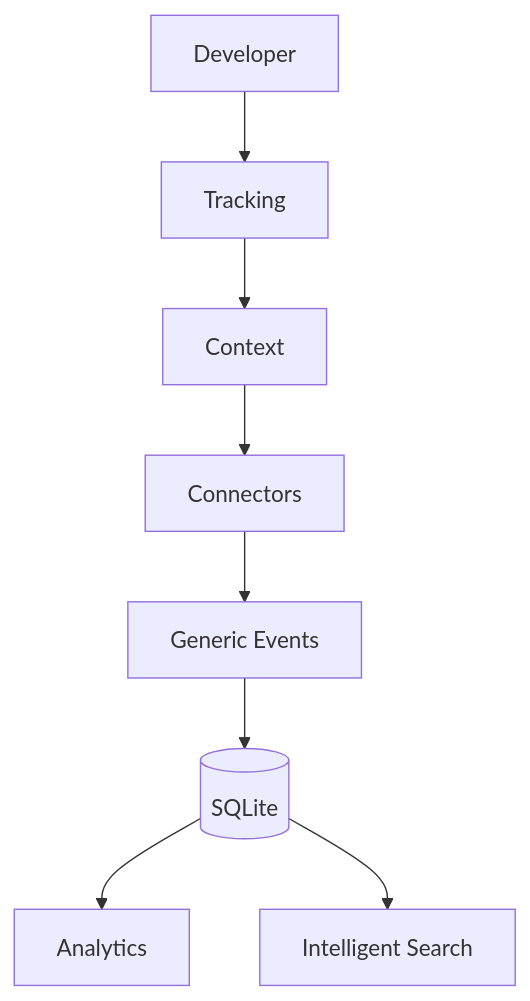
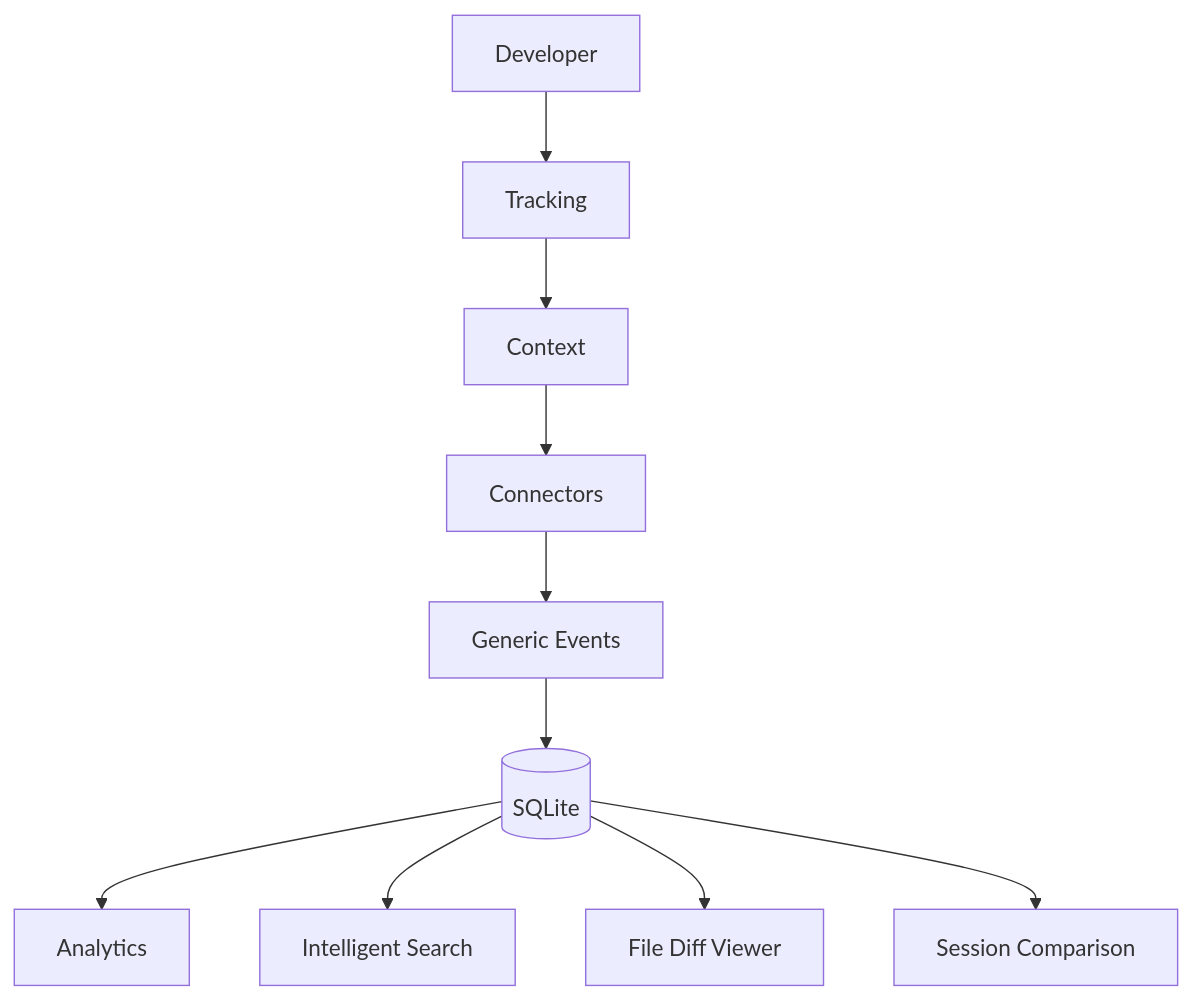
The diagram in README.md (Sanjayram710/prometra), drawn with Mermaid before and after one commit. The commit also changed other lines of this file and 20 other files, not shown here.

Commit message:
Release v1.9.0 Session Comparison

````diff
--- a/README.md
+++ b/README.md
@@ -72,10 +74,12 @@
 ```mermaid
 flowchart TD
     Dev[Developer] --> CLI[Tracking]
     CLI --> SM[Context]
     SM --> TE[Connectors]
     TE --> EventM[Generic Events]
     EventM --> DB[(SQLite)]
     DB --> Analytics[Analytics]
     DB --> Search[Intelligent Search]
+    DB --> Diff[File Diff Viewer]
+    DB --> Compare[Session Comparison]
 ```
````
